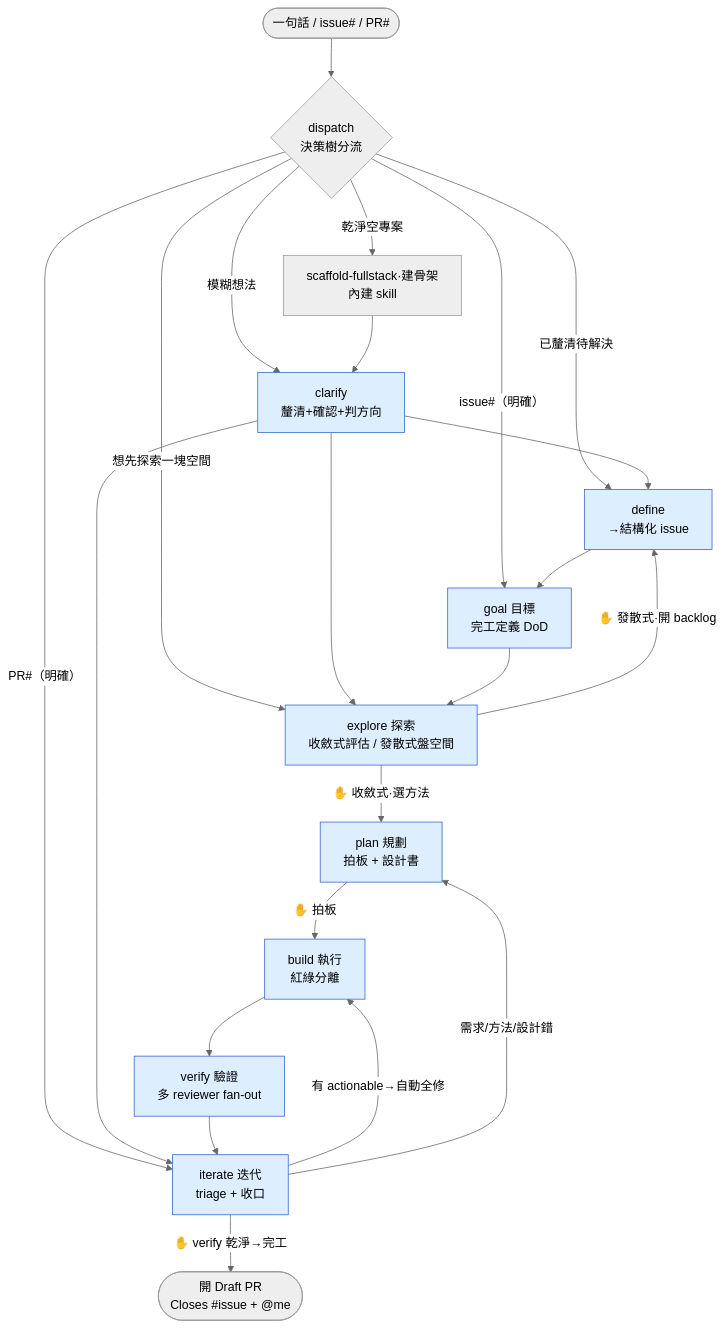
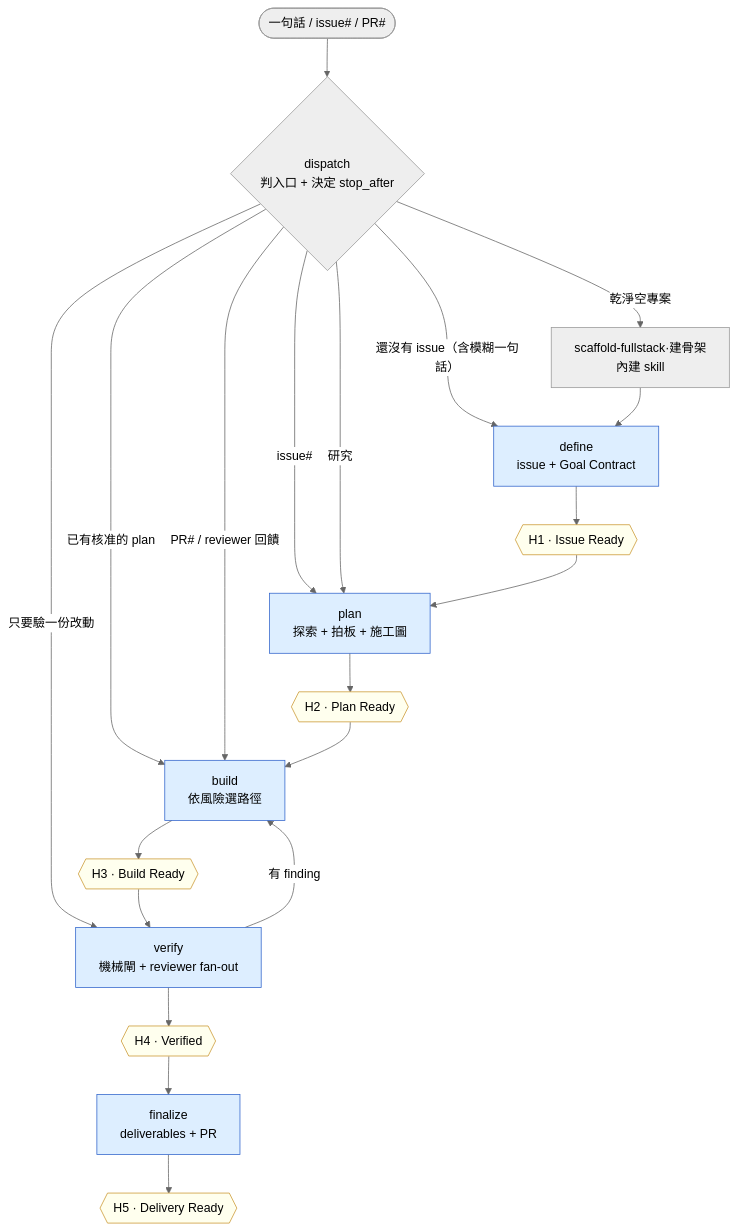
Before and after one commit to adha9990/dev-workflows: the second of 4 diagrams in plugins/loops-workflow/docs/FLOW.md, drawn with Mermaid (neutral theme). The commit also changed other lines of this file and 62 other files, not shown here.

First line of the commit message:
feat(workflow)：以 handoff checkpoints 重構階段、Goal Contract 與 Explore 協定 (#219) (#225)

````diff
--- a/plugins/loops-workflow/docs/FLOW.md
+++ b/plugins/loops-workflow/docs/FLOW.md
@@ -49,30 +54,29 @@
 ```mermaid
 flowchart TD
-    START([一句話 / issue# / PR#]) --> D{dispatch<br/>決策樹分流}
+    START([一句話 / issue# / PR#]) --> D{dispatch<br/>判入口 + 決定 stop_after}
 
     D -->|乾淨空專案| SC[scaffold-fullstack·建骨架<br/>內建 skill]
-    D -->|issue#（明確）| G
-    D -->|PR#（明確）| IT
-    D -->|模糊想法| CL[clarify<br/>釐清+確認+判方向]
-    D -->|已釐清待解決| DEF[define<br/>→結構化 issue]
-    D -->|想先探索一塊空間| E
-    SC --> CL
-    CL --> DEF
-    CL --> E
-    CL --> IT
-    DEF --> G
+    D -->|還沒有 issue（含模糊一句話）| DEF
+    D -->|issue#| P
+    D -->|已有核准的 plan| B
+    D -->|PR# / reviewer 回饋| B
+    D -->|只要驗一份改動| V
+    D -->|研究| P
+    SC --> DEF
 
-    G[goal 目標<br/>完工定義 DoD] --> E[explore 探索<br/>收斂式評估 / 發散式盤空間]
-    E -->|✋ 收斂式·選方法| P[plan 規劃<br/>拍板 + 設計書]
-    E -->|✋ 發散式·開 backlog| DEF
-    P -->|✋ 拍板| B[build 執行<br/>紅綠分離]
-    B --> V[verify 驗證<br/>多 reviewer fan-out]
-    V --> IT[iterate 迭代<br/>triage + 收口]
-
-    IT -->|有 actionable→自動全修| B
-    IT -->|需求/方法/設計錯| P
-    IT -->|✋ verify 乾淨→完工| SHIP([開 Draft PR<br/>Closes #issue + @me])
+    DEF[define<br/>issue + Goal Contract] --> H1{{H1 · Issue Ready}}
+    H1 --> P[plan<br/>探索 + 拍板 + 施工圖]
+    P --> H2{{H2 · Plan Ready}}
+    H2 --> B[build<br/>依風險選路徑]
+    B --> H3{{H3 · Build Ready}}
+    H3 --> V[verify<br/>機械閘 + reviewer fan-out]
+    V -->|有 finding| B
+    V --> H4{{H4 · Verified}}
+    H4 --> F[finalize<br/>deliverables + PR]
+    F --> H5{{H5 · Delivery Ready}}
 
     classDef stage fill:#def,stroke:#36c
-    class G,E,P,B,V,IT,DEF,CL stage
+    classDef hand fill:#ffe,stroke:#c93
+    class DEF,P,B,V,F stage
+    class H1,H2,H3,H4,H5 hand
 ```
````
